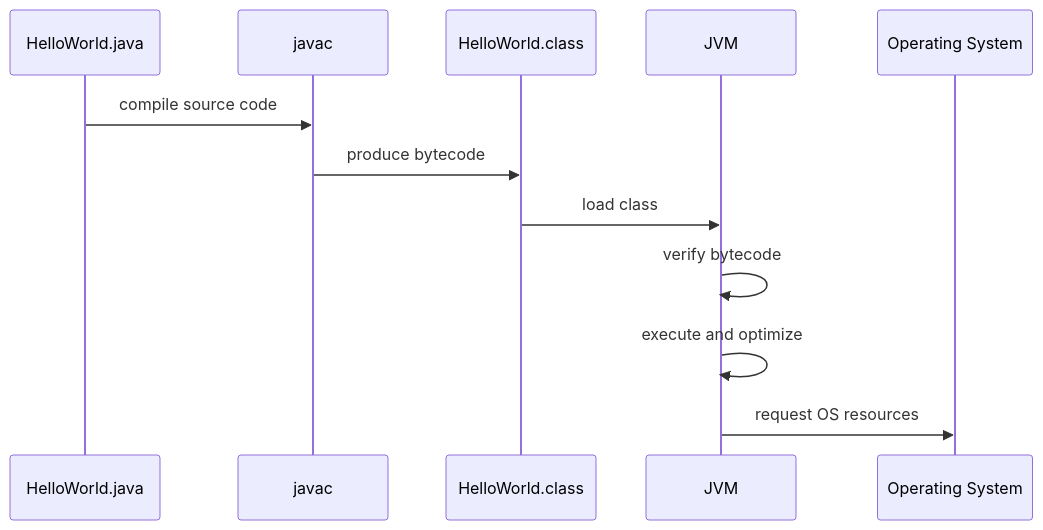
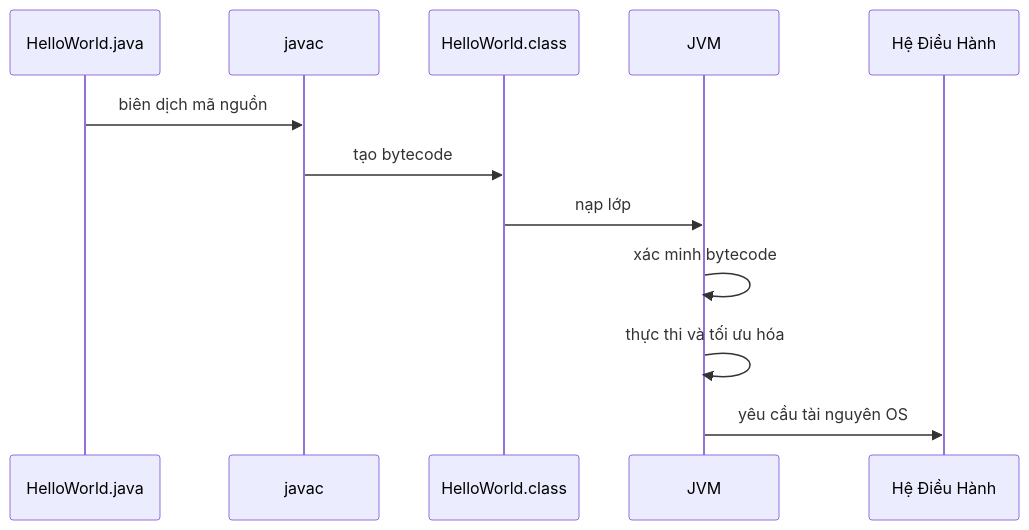
One commit to PhuThien2005/theoretical-of-java-core changed the first of 4 diagrams in vi/01-overview/theory/03-compile-runtime-flow.md. Above: the diagram before and after it, drawn with Mermaid. The commit also changed other lines of this file and 229 other files, not shown here.

````diff
--- a/vi/01-overview/theory/03-compile-runtime-flow.md
+++ b/vi/01-overview/theory/03-compile-runtime-flow.md
@@ -52,15 +52,15 @@
 ```mermaid
 sequenceDiagram
     participant Source as HelloWorld.java
     participant Compiler as javac
     participant ClassFile as HelloWorld.class
     participant JVM as JVM
-    participant OS as Operating System
+    participant OS as Hệ Điều Hành
 
-    Source->>Compiler: compile source code
-    Compiler->>ClassFile: produce bytecode
-    ClassFile->>JVM: load class
-    JVM->>JVM: verify bytecode
-    JVM->>JVM: execute and optimize
-    JVM->>OS: request OS resources
+    Source->>Compiler: biên dịch mã nguồn
+    Compiler->>ClassFile: tạo bytecode
+    ClassFile->>JVM: nạp lớp
+    JVM->>JVM: xác minh bytecode
+    JVM->>JVM: thực thi và tối ưu hóa
+    JVM->>OS: yêu cầu tài nguyên OS
 ```
````
